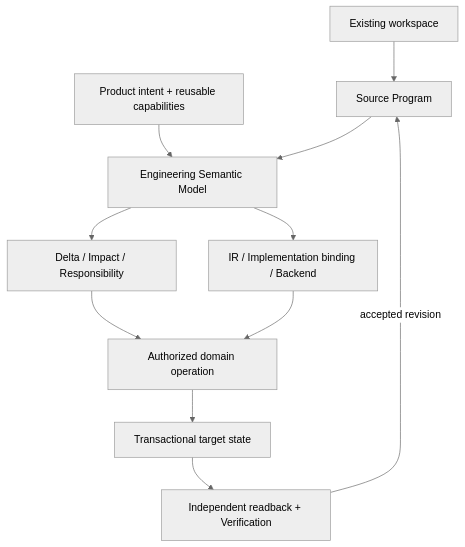
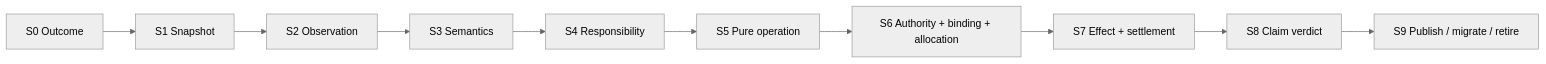
Before and after one commit to sec-platform/sec: the third of 14 diagrams in docs/system-architecture.md, drawn with Mermaid (neutral theme). The commit also changed other lines of this file and 14 other files, not shown here.

````diff
--- a/docs/system-architecture.md
+++ b/docs/system-architecture.md
@@ -55,13 +201,12 @@
 ```mermaid
-flowchart TB
-  B[Existing workspace] --> SP[Source Program]
-  N[Product intent + reusable capabilities] --> SM[Engineering Semantic Model]
-  SP --> SM
-  SM --> D[Delta / Impact / Responsibility]
-  D --> O[Authorized domain operation]
-  SM --> G[IR / Implementation binding / Backend]
-  G --> O
-  O --> T[Transactional target state]
-  T --> Q[Independent readback + Verification]
-  Q -->|accepted revision| SP
+flowchart LR
+  S0[S0 Outcome] --> S1[S1 Snapshot]
+  S1 --> S2[S2 Observation]
+  S2 --> S3[S3 Semantics]
+  S3 --> S4[S4 Responsibility]
+  S4 --> S5[S5 Pure operation]
+  S5 --> S6[S6 Authority + binding + allocation]
+  S6 --> S7[S7 Effect + settlement]
+  S7 --> S8[S8 Claim verdict]
+  S8 --> S9[S9 Publish / migrate / retire]
 ```
````
